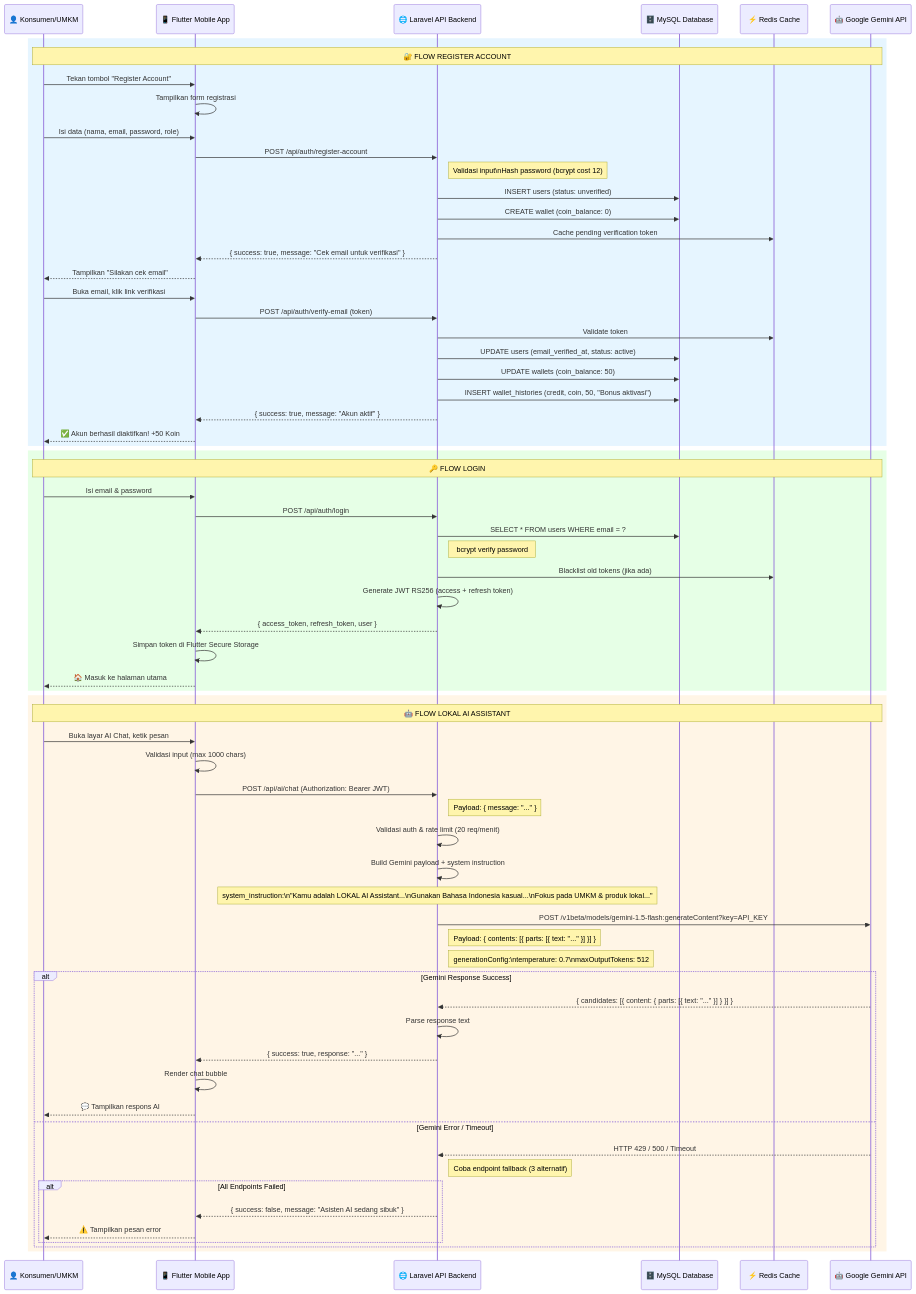
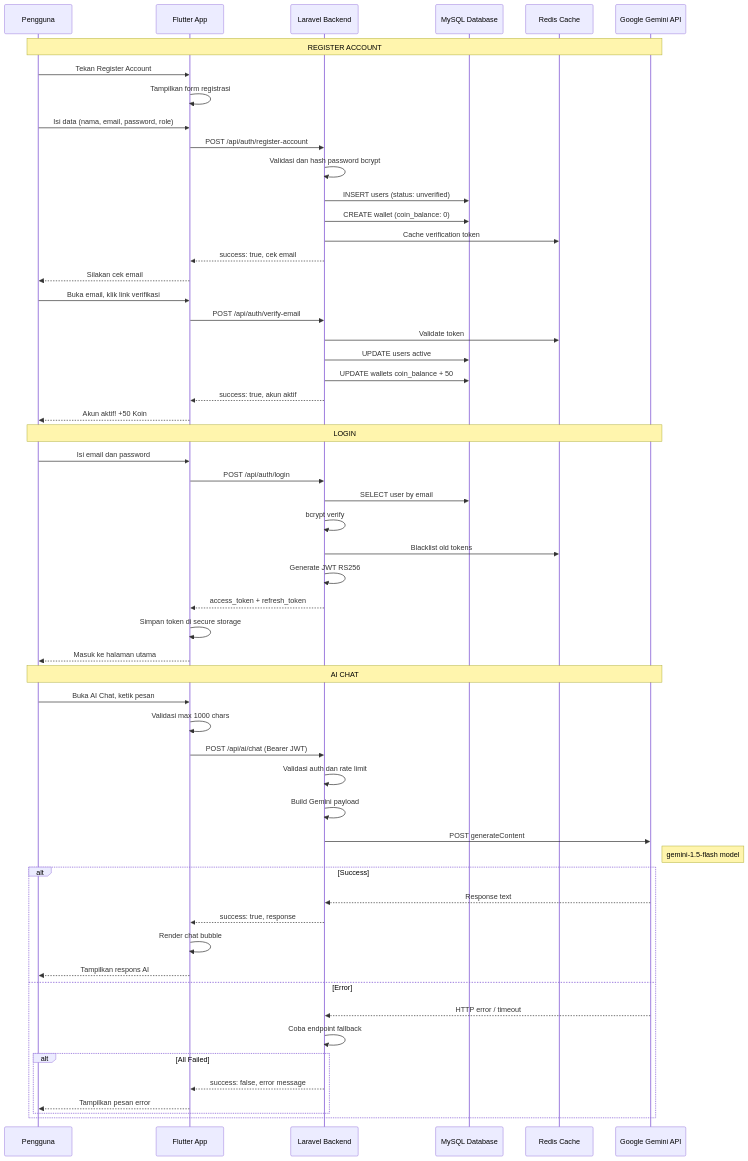
Before and after one commit to 1khsan2610/LOKAL_APP: the fourth of 7 diagrams in SRS/TECHNICAL_DIAGRAMS.md, drawn with Mermaid. The commit also changed other lines of this file, not shown here.

Commit message:
perbaikan diagram

````diff
--- a/SRS/TECHNICAL_DIAGRAMS.md
+++ b/SRS/TECHNICAL_DIAGRAMS.md
@@ -635,74 +592,66 @@
 ```mermaid
 sequenceDiagram
-    participant User as 👤 Konsumen/UMKM
-    participant Flutter as 📱 Flutter Mobile App
-    participant Laravel as 🌐 Laravel API Backend
-    participant DB as 🗄️ MySQL Database
-    participant Redis as ⚡ Redis Cache
-    participant Gemini as 🤖 Google Gemini API
+    participant User as Pengguna
+    participant Flutter as Flutter App
+    participant Laravel as Laravel Backend
+    participant DB as MySQL Database
+    participant Redis as Redis Cache
+    participant Gemini as Google Gemini API
 
-    rect rgb(230, 245, 255)
-        Note over User,Gemini: 🔐 FLOW REGISTER ACCOUNT
-        User->>Flutter: Tekan tombol "Register Account"
-        Flutter->>Flutter: Tampilkan form registrasi
-        User->>Flutter: Isi data (nama, email, password, role)
-        Flutter->>Laravel: POST /api/auth/register-account
-        Note right of Laravel: Validasi input\nHash password (bcrypt cost 12)
-        Laravel->>DB: INSERT users (status: unverified)
-        Laravel->>DB: CREATE wallet (coin_balance: 0)
-        Laravel->>Redis: Cache pending verification token
-        Laravel-->>Flutter: { success: true, message: "Cek email untuk verifikasi" }
-        Flutter-->>User: Tampilkan "Silakan cek email"
+    Note over User,Gemini: REGISTER ACCOUNT
 
-        User->>Flutter: Buka email, klik link verifikasi
-        Flutter->>Laravel: POST /api/auth/verify-email (token)
-        Laravel->>Redis: Validate token
-        Laravel->>DB: UPDATE users (email_verified_at, status: active)
-        Laravel->>DB: UPDATE wallets (coin_balance: 50)
-        Laravel->>DB: INSERT wallet_histories (credit, coin, 50, "Bonus aktivasi")
-        Laravel-->>Flutter: { success: true, message: "Akun aktif" }
-        Flutter-->>User: ✅ Akun berhasil diaktifkan! +50 Koin
-    end
+    User->>Flutter: Tekan Register Account
+    Flutter->>Flutter: Tampilkan form registrasi
+    User->>Flutter: Isi data (nama, email, password, role)
+    Flutter->>Laravel: POST /api/auth/register-account
+    Laravel->>Laravel: Validasi dan hash password bcrypt
+    Laravel->>DB: INSERT users (status: unverified)
+    Laravel->>DB: CREATE wallet (coin_balance: 0)
+    Laravel->>Redis: Cache verification token
+    Laravel-->>Flutter: success: true, cek email
+    Flutter-->>User: Silakan cek email
 
-    rect rgb(230, 255, 230)
-        Note over User,Gemini: 🔑 FLOW LOGIN
-        User->>Flutter: Isi email & password
-        Flutter->>Laravel: POST /api/auth/login
-        Laravel->>DB: SELECT * FROM users WHERE email = ?
-        Note right of Laravel: bcrypt verify password
-        Laravel->>Redis: Blacklist old tokens (jika ada)
-        Laravel->>Laravel: Generate JWT RS256 (access + refresh token)
-        Laravel-->>Flutter: { access_token, refresh_token, user }
-        Flutter->>Flutter: Simpan token di Flutter Secure Storage
-        Flutter-->>User: 🏠 Masuk ke halaman utama
-    end
+    User->>Flutter: Buka email, klik link verifikasi
+    Flutter->>Laravel: POST /api/auth/verify-email
+    Laravel->>Redis: Validate token
+    Laravel->>DB: UPDATE users active
+    Laravel->>DB: UPDATE wallets coin_balance + 50
+    Laravel-->>Flutter: success: true, akun aktif
+    Flutter-->>User: Akun aktif! +50 Koin
 
-    rect rgb(255, 245, 230)
-        Note over User,Gemini: 🤖 FLOW LOKAL AI ASSISTANT
-        User->>Flutter: Buka layar AI Chat, ketik pesan
-        Flutter->>Flutter: Validasi input (max 1000 chars)
-        Flutter->>Laravel: POST /api/ai/chat (Authorization: Bearer JWT)
-        Note right of Laravel: Payload: { message: "..." }
-        Laravel->>Laravel: Validasi auth & rate limit (20 req/menit)
-        Laravel->>Laravel: Build Gemini payload + system instruction
-        Note over Laravel: system_instruction:\n"Kamu adalah LOKAL AI Assistant...\nGunakan Bahasa Indonesia kasual...\nFokus pada UMKM & produk lokal..."
-        Laravel->>Gemini: POST /v1beta/models/gemini-1.5-flash:generateContent?key=API_KEY
-        Note right of Laravel: Payload: { contents: [{ parts: [{ text: "..." }] }] }
-        Note right of Laravel: generationConfig:\ntemperature: 0.7\nmaxOutputTokens: 512
+    Note over User,Gemini: LOGIN
 
-        alt Gemini Response Success
-            Gemini-->>Laravel: { candidates: [{ content: { parts: [{ text: "..." }] } }] }
-            Laravel->>Laravel: Parse response text
-            Laravel-->>Flutter: { success: true, response: "..." }
-            Flutter->>Flutter: Render chat bubble
-            Flutter-->>User: 💬 Tampilkan respons AI
-        else Gemini Error / Timeout
-            Gemini-->>Laravel: HTTP 429 / 500 / Timeout
-            Note right of Laravel: Coba endpoint fallback (3 alternatif)
-            alt All Endpoints Failed
-                Laravel-->>Flutter: { success: false, message: "Asisten AI sedang sibuk" }
-                Flutter-->>User: ⚠️ Tampilkan pesan error
-            end
+    User->>Flutter: Isi email dan password
+    Flutter->>Laravel: POST /api/auth/login
+    Laravel->>DB: SELECT user by email
+    Laravel->>Laravel: bcrypt verify
+    Laravel->>Redis: Blacklist old tokens
+    Laravel->>Laravel: Generate JWT RS256
+    Laravel-->>Flutter: access_token + refresh_token
+    Flutter->>Flutter: Simpan token di secure storage
+    Flutter-->>User: Masuk ke halaman utama
+
+    Note over User,Gemini: AI CHAT
+
+    User->>Flutter: Buka AI Chat, ketik pesan
+    Flutter->>Flutter: Validasi max 1000 chars
+    Flutter->>Laravel: POST /api/ai/chat (Bearer JWT)
+    Laravel->>Laravel: Validasi auth dan rate limit
+    Laravel->>Laravel: Build Gemini payload
+    Laravel->>Gemini: POST generateContent
+    Note right of Gemini: gemini-1.5-flash model
+
+    alt Success
+        Gemini-->>Laravel: Response text
+        Laravel-->>Flutter: success: true, response
+        Flutter->>Flutter: Render chat bubble
+        Flutter-->>User: Tampilkan respons AI
+    else Error
+        Gemini-->>Laravel: HTTP error / timeout
+        Laravel->>Laravel: Coba endpoint fallback
+        alt All Failed
+            Laravel-->>Flutter: success: false, error message
+            Flutter-->>User: Tampilkan pesan error
         end
     end
 ```
````
